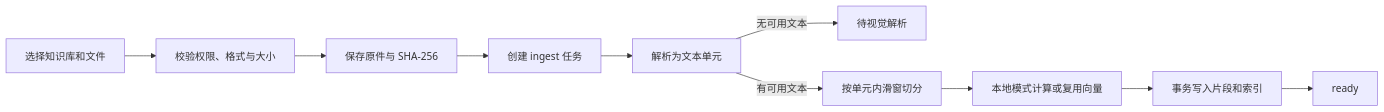
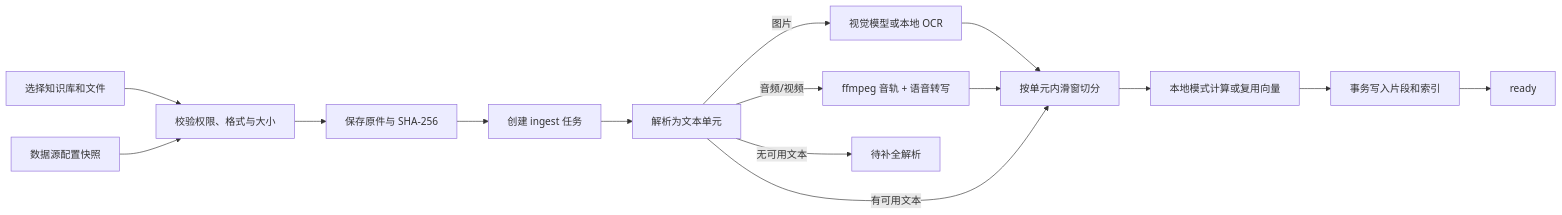
The diagram in docs/rag-module-spec.md (Xtiwby/-RAG-), drawn with Mermaid before and after one commit. The commit also changed other lines of this file and 30 other files, not shown here.

First line of the commit message:
feat: 语音视频接入、HTML 结构化解析、图片 OCR 扩展与数据源导入（v0.12.0）

````diff
--- a/docs/rag-module-spec.md
+++ b/docs/rag-module-spec.md
@@ -49,12 +49,17 @@
 ```mermaid
 flowchart LR
     U["选择知识库和文件"] --> A["校验权限、格式与大小"]
+    D["数据源配置快照"] --> A
     A --> S["保存原件与 SHA-256"]
     S --> J["创建 ingest 任务"]
     J --> P["解析为文本单元"]
-    P -->|"无可用文本"| V["待视觉解析"]
-    P -->|"有可用文本"| C["按单元内滑窗切分"]
+    P -->|"图片"| O["视觉模型或本地 OCR"]
+    P -->|"音频/视频"| T["ffmpeg 音轨 + 语音转写"]
+    P -->|"无可用文本"| V["待补全解析"]
+    O --> C["按单元内滑窗切分"]
+    T --> C
+    P -->|"有可用文本"| C
     C --> E["本地模式计算或复用向量"]
     E --> I["事务写入片段和索引"]
     I --> R["ready"]
 ```
````
